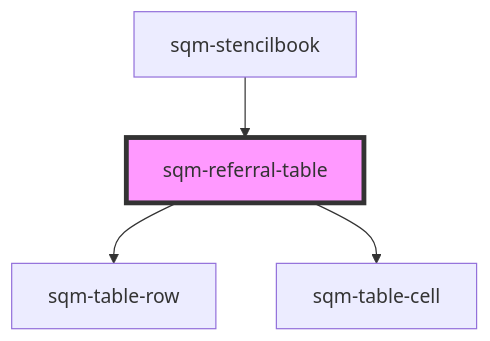
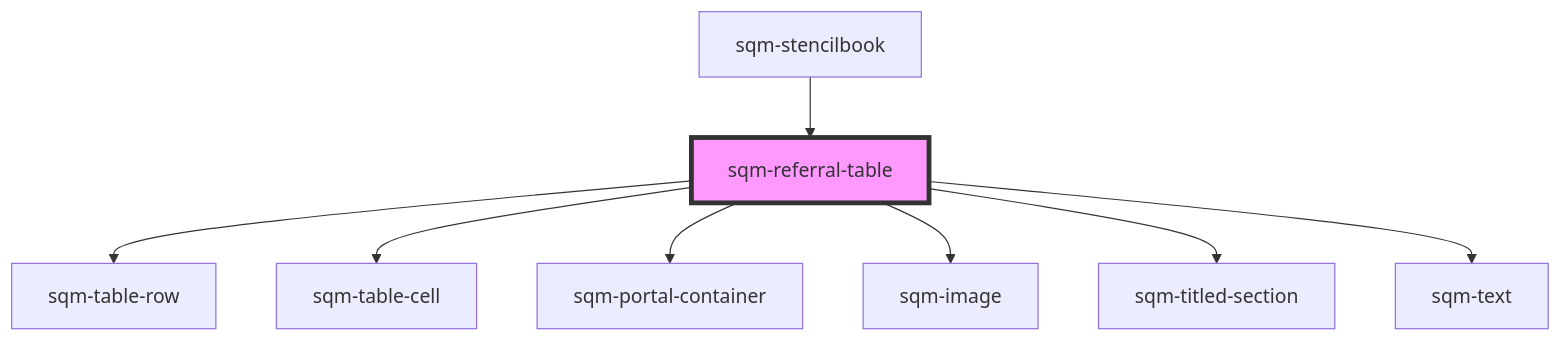
Before and after one commit to saasquatch/program-tools: the diagram in packages/mint-components/src/components/sqm-referral-table/readme.md, drawn with Mermaid. The commit also changed other lines of this file and 14 other files, not shown here.

````diff
--- a/packages/mint-components/src/components/sqm-referral-table/readme.md
+++ b/packages/mint-components/src/components/sqm-referral-table/readme.md
@@ -39,7 +43,11 @@
 ```mermaid
 graph TD;
   sqm-referral-table --> sqm-table-row
   sqm-referral-table --> sqm-table-cell
+  sqm-referral-table --> sqm-portal-container
+  sqm-referral-table --> sqm-image
+  sqm-referral-table --> sqm-titled-section
+  sqm-referral-table --> sqm-text
   sqm-stencilbook --> sqm-referral-table
   style sqm-referral-table fill:#f9f,stroke:#333,stroke-width:4px
 ```
````
